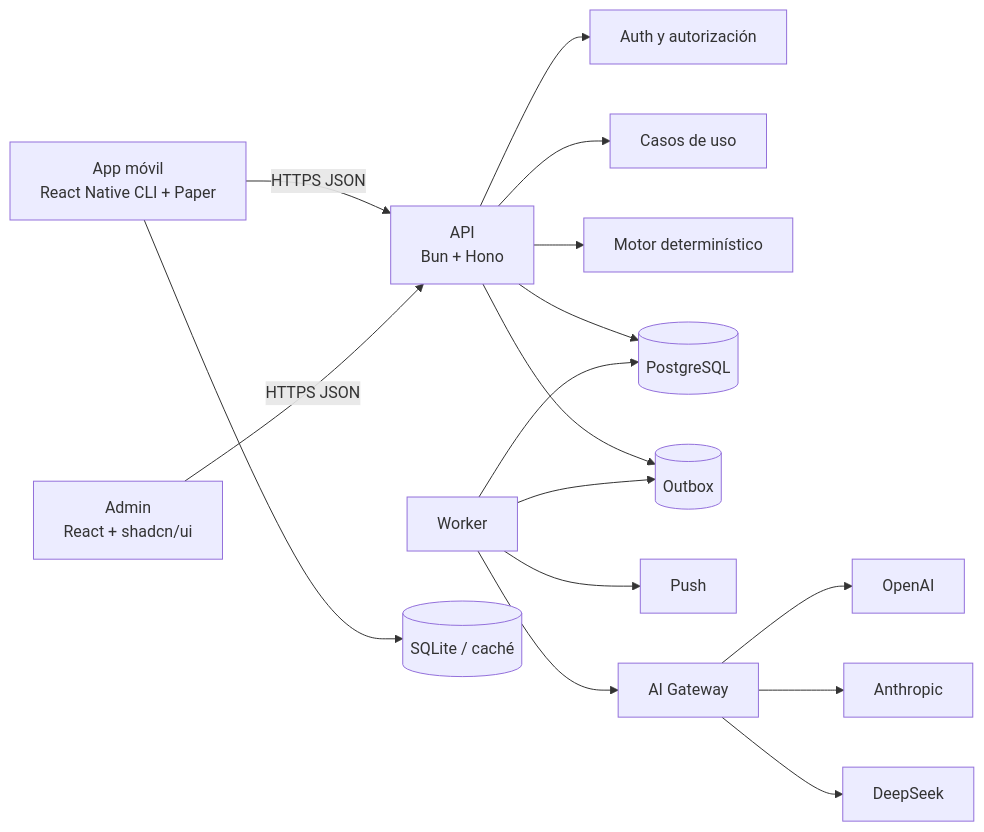
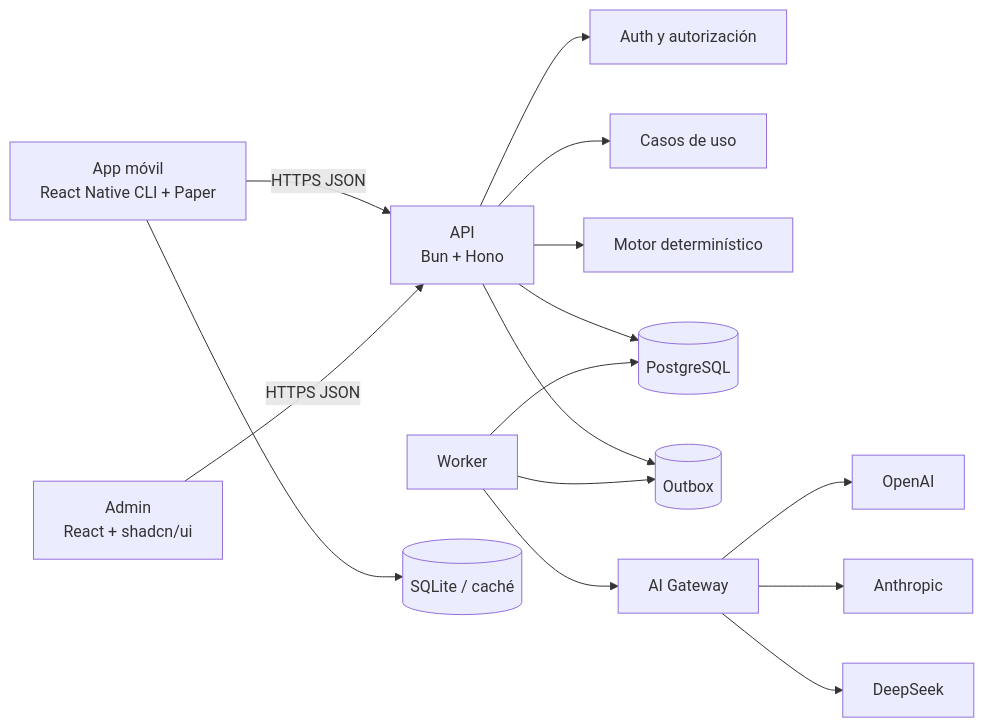
One commit to Giossue/notesIA changed the first of 2 diagrams in ARCHITECTURE.md. Above: the diagram before and after it, drawn with Mermaid. The commit also changed other lines of this file and 41 other files, not shown here.

````diff
--- a/ARCHITECTURE.md
+++ b/ARCHITECTURE.md
@@ -5,18 +5,17 @@
 ```mermaid
 flowchart LR
     M[App móvil\nReact Native CLI + Paper] -->|HTTPS JSON| API[API\nBun + Hono]
     A[Admin\nReact + shadcn/ui] -->|HTTPS JSON| API
     API --> AUTH[Auth y autorización]
     API --> DOMAIN[Casos de uso]
     API --> PLANNER[Motor determinístico]
     API --> DB[(PostgreSQL)]
     API --> OUTBOX[(Outbox)]
     W[Worker] --> OUTBOX
     W --> DB
-    W --> PUSH[Push]
     W --> GATEWAY[AI Gateway]
     GATEWAY --> OAI[OpenAI]
     GATEWAY --> ANT[Anthropic]
     GATEWAY --> DS[DeepSeek]
     M --> LOCAL[(SQLite / caché)]
 ```
````
